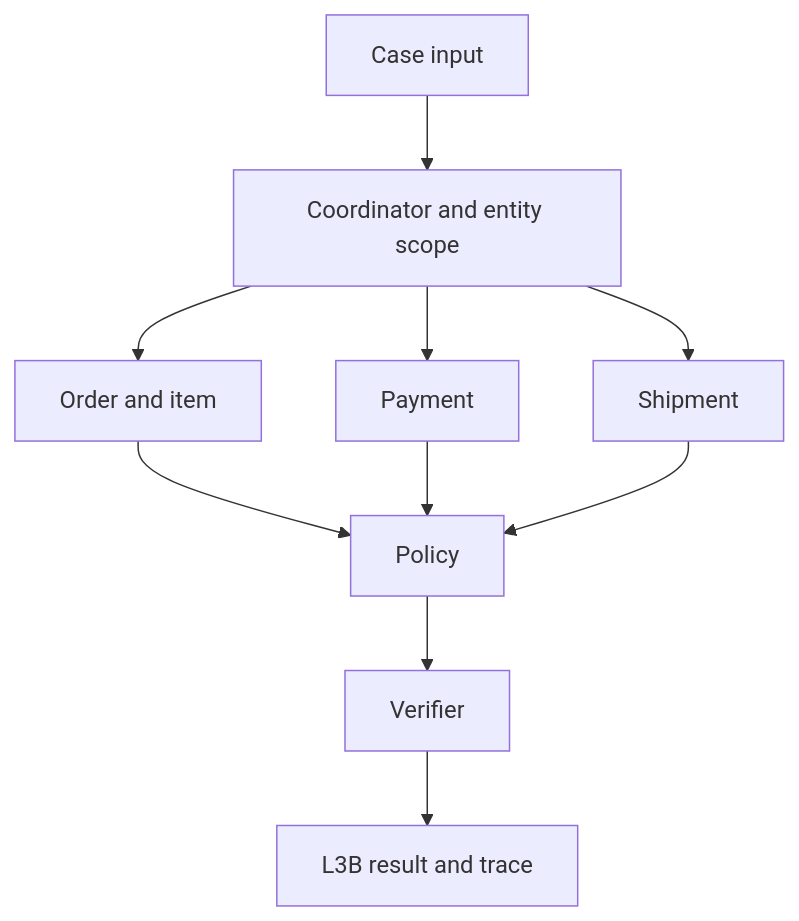
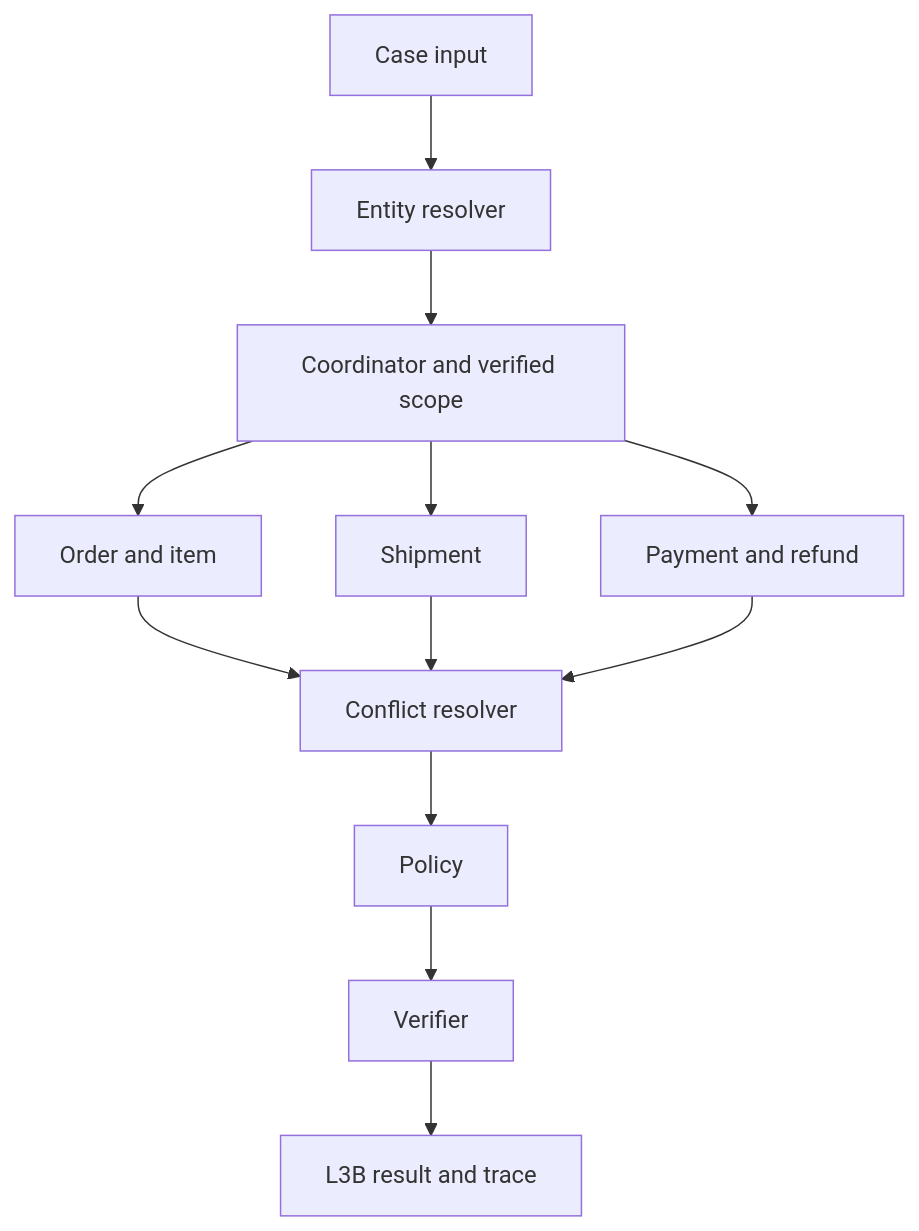
One commit to hungdinh2611/K4-L3B-MultiAgent-MCP-A2A changed the diagram in ARCHITECTURE.md. Above: the diagram before and after it, drawn with Mermaid. The commit also changed other lines of this file and 5 other files, not shown here.

````diff
--- a/ARCHITECTURE.md
+++ b/ARCHITECTURE.md
@@ -9,12 +9,14 @@
 ```mermaid
 flowchart TD
-  I[Case input] --> C[Coordinator and entity scope]
+  I[Case input] --> E[Entity resolver]
+  E --> C[Coordinator and verified scope]
   C --> O[Order and item]
-  C --> P[Payment]
   C --> S[Shipment]
-  O --> L[Policy]
-  P --> L
-  S --> L
+  C --> P[Payment and refund]
+  O --> X[Conflict resolver]
+  S --> X
+  P --> X
+  X --> L[Policy]
   L --> V[Verifier]
   V --> R[L3B result and trace]
 ```
````
